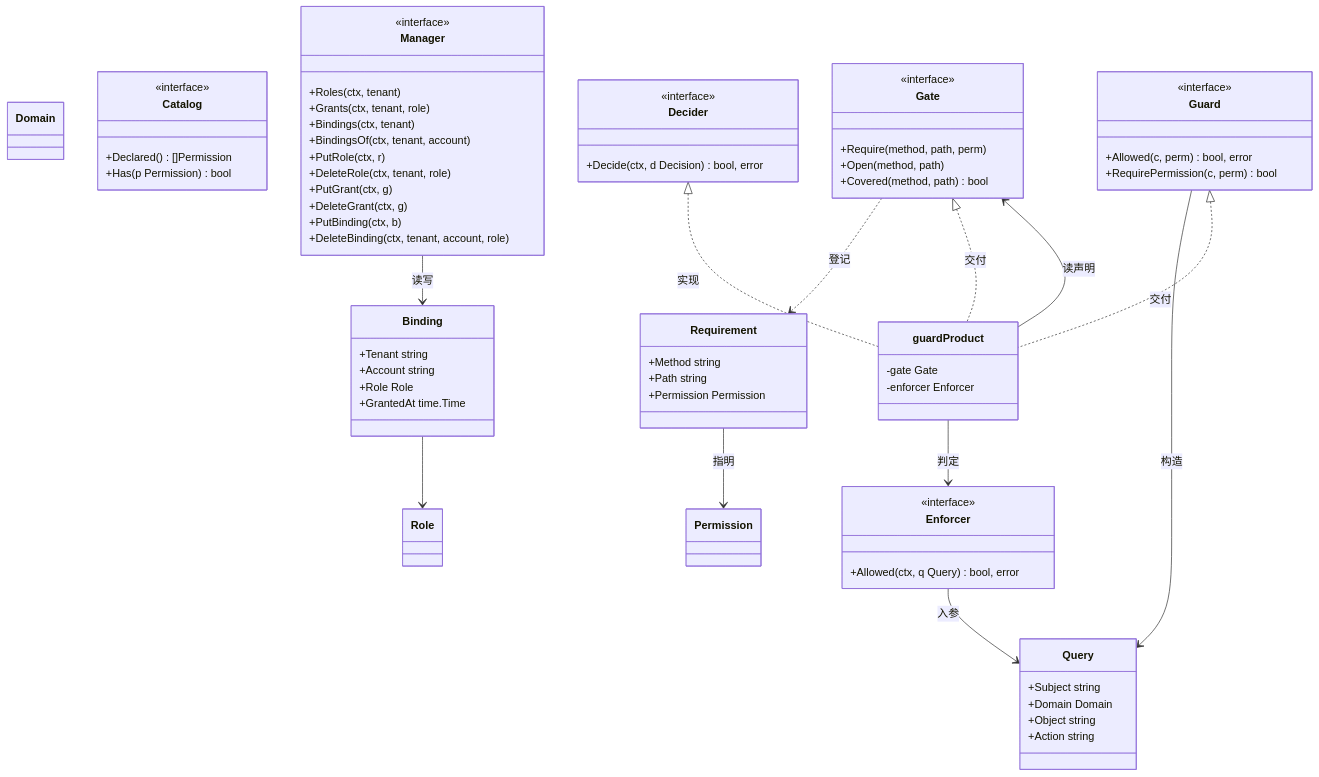
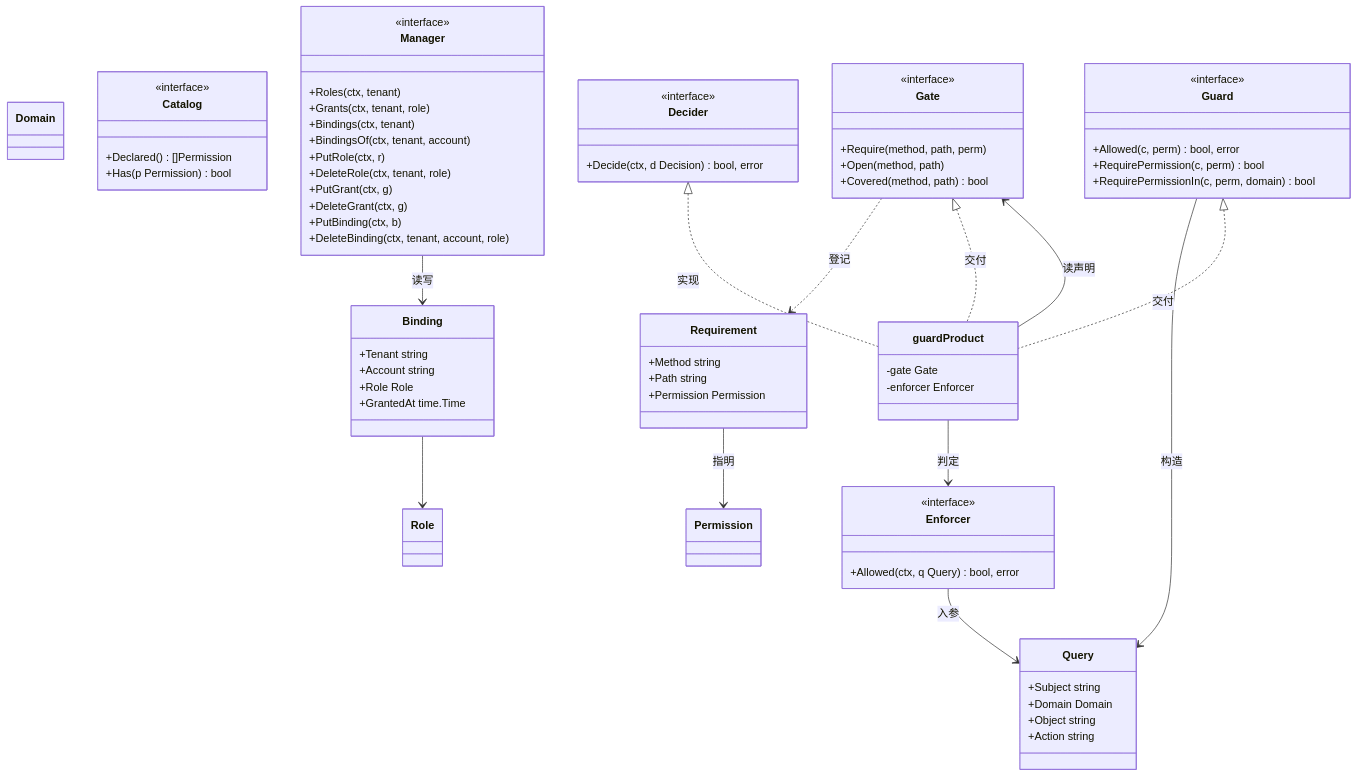
One commit to wangzw/speed changed the first of 3 diagrams in docs/design/modules/design-authz.md. Above: the diagram before and after it, drawn with Mermaid. The commit also changed other lines of this file and 32 other files, not shown here.

````diff
--- a/docs/design/modules/design-authz.md
+++ b/docs/design/modules/design-authz.md
@@ -296,75 +333,76 @@
 ```mermaid
 classDiagram
     class Permission
     class Role
     class Domain
     class Query {
         +Subject string
         +Domain Domain
         +Object string
         +Action string
     }
     class Requirement {
         +Method string
         +Path string
         +Permission Permission
     }
     class Enforcer {
         <<interface>>
         +Allowed(ctx, q Query) bool, error
     }
     class Catalog {
         <<interface>>
         +Declared() []Permission
         +Has(p Permission) bool
     }
     class Gate {
         <<interface>>
         +Require(method, path, perm)
         +Open(method, path)
         +Covered(method, path) bool
     }
     class Guard {
         <<interface>>
         +Allowed(c, perm) bool, error
         +RequirePermission(c, perm) bool
+        +RequirePermissionIn(c, perm, domain) bool
     }
     class Manager {
         <<interface>>
         +Roles(ctx, tenant)
         +Grants(ctx, tenant, role)
         +Bindings(ctx, tenant)
         +BindingsOf(ctx, tenant, account)
         +PutRole(ctx, r)
         +DeleteRole(ctx, tenant, role)
         +PutGrant(ctx, g)
         +DeleteGrant(ctx, g)
         +PutBinding(ctx, b)
         +DeleteBinding(ctx, tenant, account, role)
     }
     class Binding {
         +Tenant string
         +Account string
         +Role Role
         +GrantedAt time.Time
     }
     class Decider {
         <<interface>>
         +Decide(ctx, d Decision) bool, error
     }
     class guardProduct {
         -gate Gate
         -enforcer Enforcer
     }
     Enforcer --> Query : 入参
     Guard --> Query : 构造
     Requirement --> Permission : 指明
     Gate ..> Requirement : 登记
     Binding --> Role
     Manager --> Binding : 读写
     Decider <|.. guardProduct : 实现
     Guard <|.. guardProduct : 交付
     Gate <|.. guardProduct : 交付
     guardProduct --> Enforcer : 判定
     guardProduct --> Gate : 读声明
 ```
````
